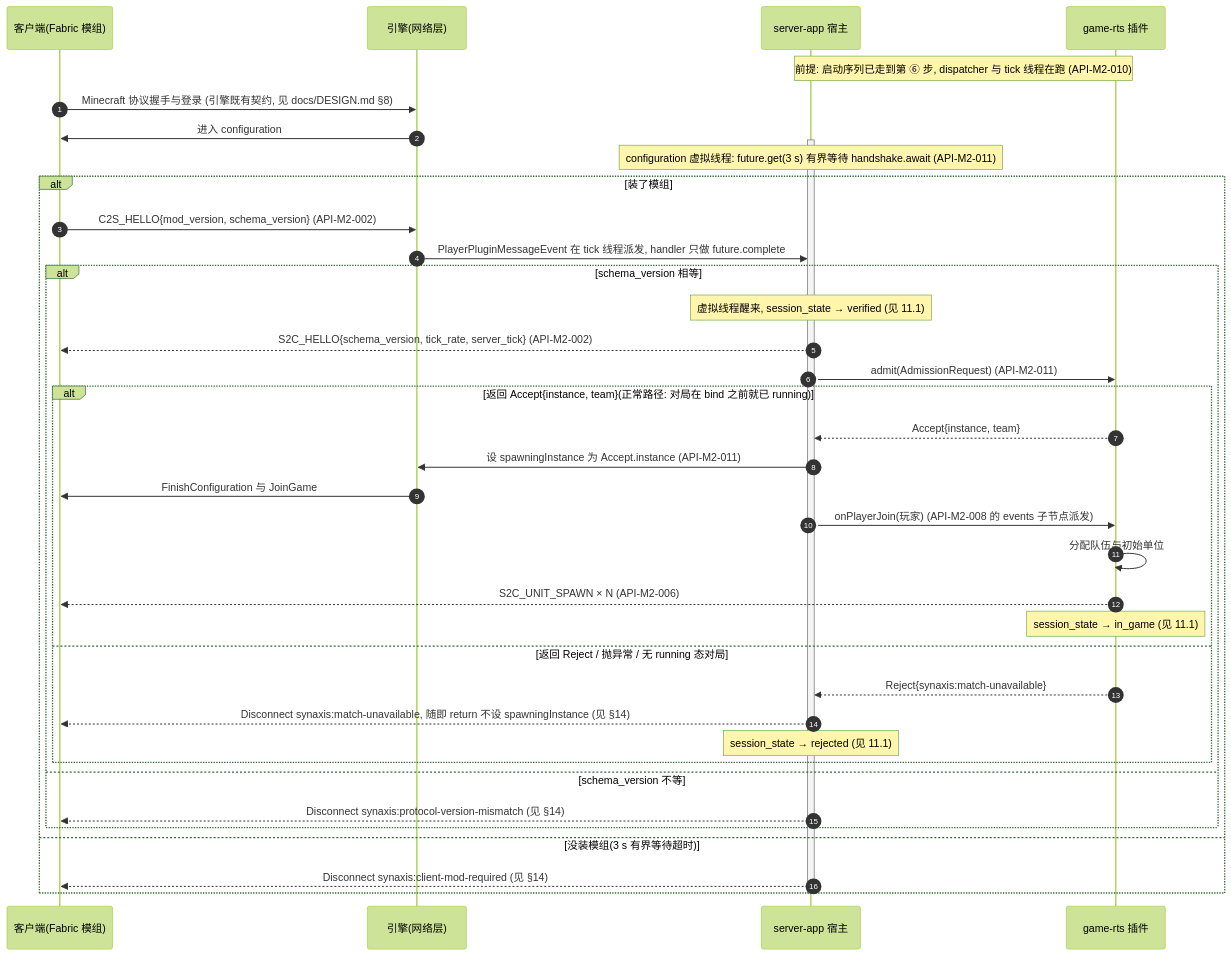
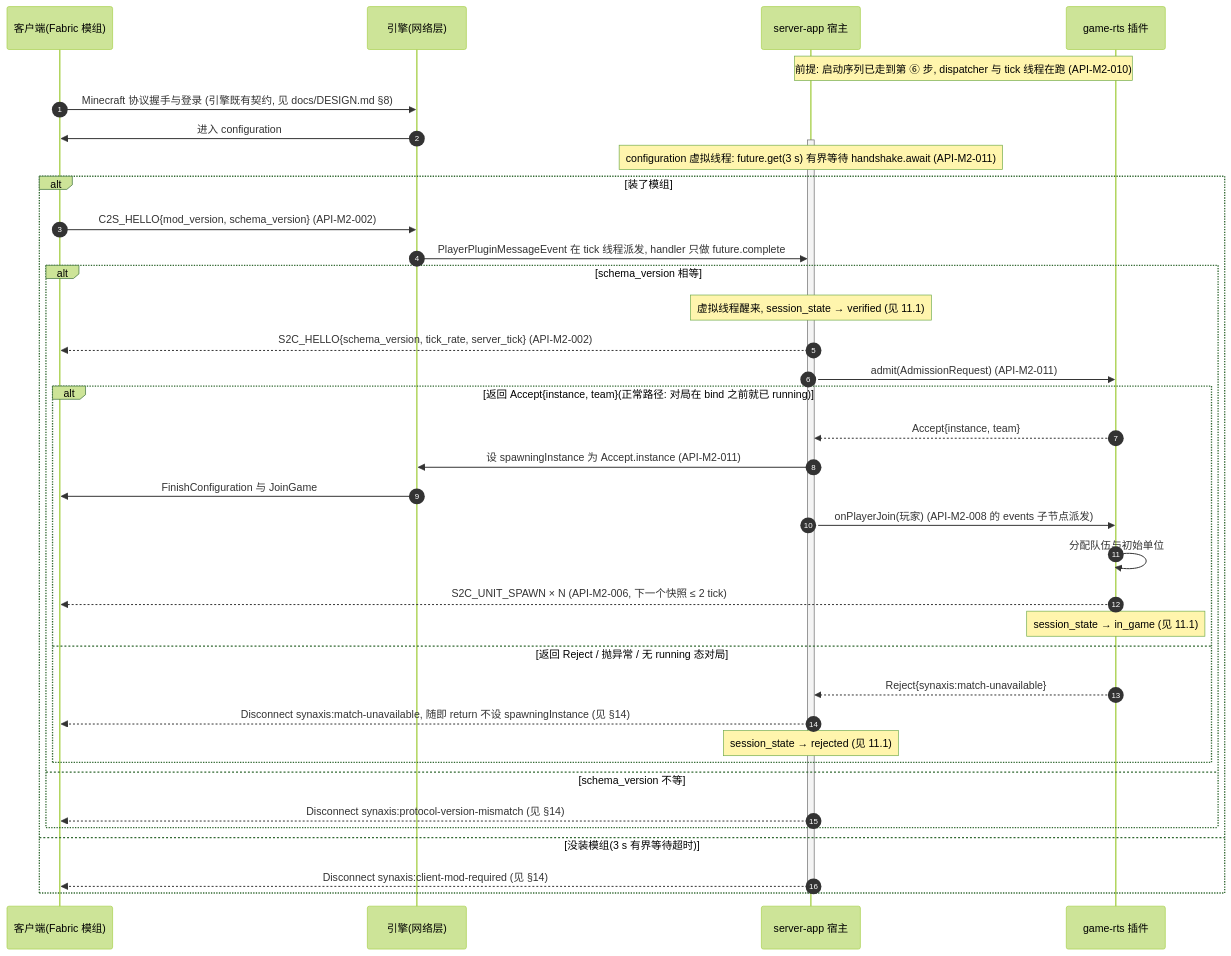
One commit to Bearisbug/synaxis changed the seventh of 9 diagrams in docs/DESIGN-M2.md. Above: the diagram before and after it, drawn with Mermaid (forest theme). The commit also changed other lines of this file and 4 other files, not shown here.

````diff
--- a/docs/DESIGN-M2.md
+++ b/docs/DESIGN-M2.md
@@ -614,40 +614,40 @@
 ```mermaid
 sequenceDiagram
   autonumber
   participant C as 客户端(Fabric 模组)
   participant E as 引擎(网络层)
   participant H as server-app 宿主
   participant P as game-rts 插件
   Note over H,P: 前提: 启动序列已走到第 ⑥ 步, dispatcher 与 tick 线程在跑 (API-M2-010)
   C->>E: Minecraft 协议握手与登录 (引擎既有契约, 见 docs/DESIGN.md §8)
   E->>C: 进入 configuration
   activate H
   Note over H: configuration 虚拟线程: future.get(3 s) 有界等待 handshake.await (API-M2-011)
   alt 装了模组
     C->>E: C2S_HELLO{mod_version, schema_version} (API-M2-002)
     E->>H: PlayerPluginMessageEvent 在 tick 线程派发, handler 只做 future.complete
     alt schema_version 相等
       Note over H: 虚拟线程醒来, session_state → verified (见 11.1)
       H-->>C: S2C_HELLO{schema_version, tick_rate, server_tick} (API-M2-002)
       H->>P: admit(AdmissionRequest) (API-M2-011)
       alt 返回 Accept{instance, team}(正常路径: 对局在 bind 之前就已 running)
         P-->>H: Accept{instance, team}
         H->>E: 设 spawningInstance 为 Accept.instance (API-M2-011)
         E->>C: FinishConfiguration 与 JoinGame
         H->>P: onPlayerJoin(玩家) (API-M2-008 的 events 子节点派发)
         P->>P: 分配队伍与初始单位
-        P-->>C: S2C_UNIT_SPAWN × N (API-M2-006)
+        P-->>C: S2C_UNIT_SPAWN × N (API-M2-006, 下一个快照 ≤ 2 tick)
         Note over P: session_state → in_game (见 11.1)
       else 返回 Reject / 抛异常 / 无 running 态对局
         P-->>H: Reject{synaxis:match-unavailable}
         H-->>C: Disconnect synaxis:match-unavailable, 随即 return 不设 spawningInstance (见 §14)
         Note over H: session_state → rejected (见 11.1)
       end
     else schema_version 不等
       H-->>C: Disconnect synaxis:protocol-version-mismatch (见 §14)
     end
   else 没装模组(3 s 有界等待超时)
     H-->>C: Disconnect synaxis:client-mod-required (见 §14)
   end
   deactivate H
 ```
````
